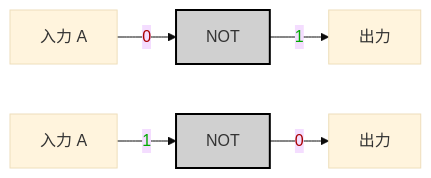
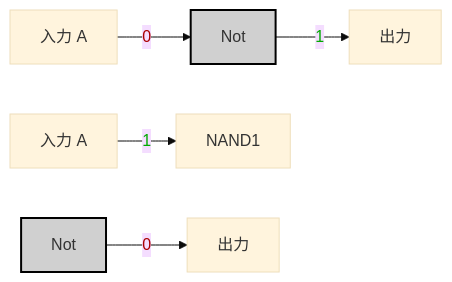
One commit to MeJamoLeo/Vault_Templates changed the first of 2 diagrams in 99_Projects/Nand2Tetris/HackHDL/01_NOT.md. Above: the diagram before and after it, drawn with Mermaid (base theme). The commit also changed other lines of this file and 4 other files, not shown here.

````diff
--- a/99_Projects/Nand2Tetris/HackHDL/01_NOT.md
+++ b/99_Projects/Nand2Tetris/HackHDL/01_NOT.md
@@ -19,10 +19,10 @@
 ``` mermaid
 graph LR;
     A0["入力 A"] -->|<span style="color:#a00">0</span>| NAND0;
-    NAND0["NOT"]:::gate -->|<span style="color:#0a0">1</span>| OUT0["出力"];
+    NAND0["Not"]:::gate -->|<span style="color:#0a0">1</span>| OUT0["出力"];
 
     A1["入力 A"] -->|<span style="color:#0a0">1</span>| NAND1;
-    NAND1["NOT"]:::gate -->|<span style="color:#a00">0</span>| OUT1["出力"];
+    Nand1["Not"]:::gate -->|<span style="color:#a00">0</span>| OUT1["出力"];
 
     classDef gate fill:#d0d0d0,stroke:#000,stroke-width:2px;
 ```
````
